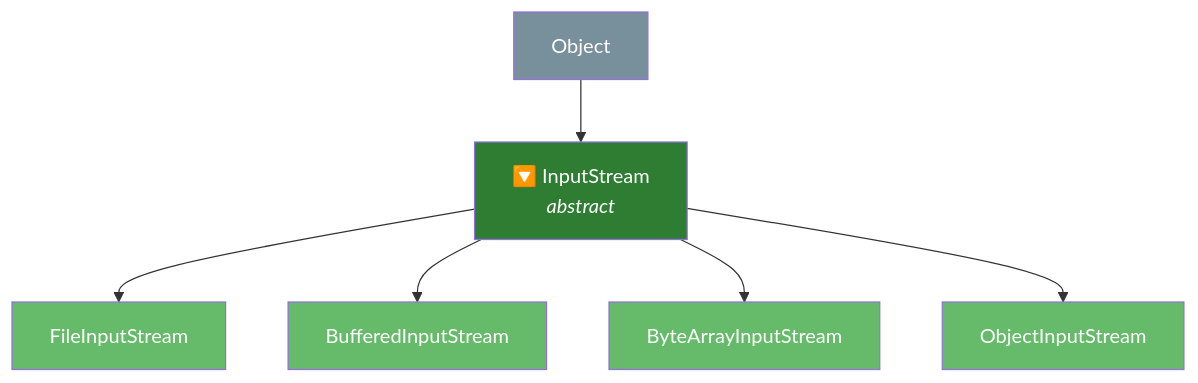
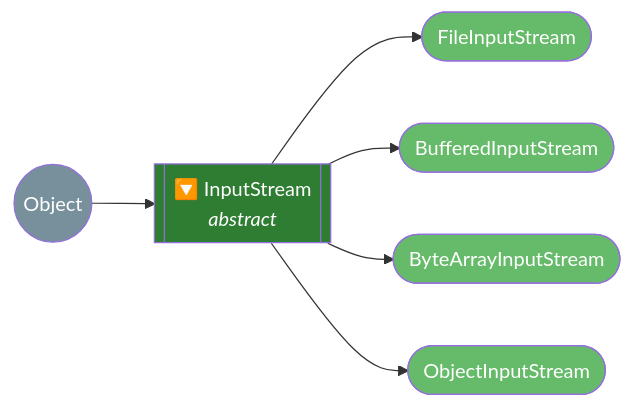
Before and after one commit to saivamsikaruturi/vamsilabs-dev-notes-main: the fourth of 5 diagrams in docs/java/FileHandling.md, drawn with Mermaid. The commit also changed other lines of this file and 146 other files, not shown here.

Commit message:
Horizontal diagrams, UML class diagrams, typography overhaul, and permalink cleanup

````diff
--- a/docs/java/FileHandling.md
+++ b/docs/java/FileHandling.md
@@ -424,15 +424,15 @@
 ```mermaid
-graph TD
-    O3["Object"] --> InStr["🔽 InputStream<br/><i>abstract</i>"]
-    InStr --> FIS2["FileInputStream"]
-    InStr --> BIS2["BufferedInputStream"]
-    InStr --> BAIS["ByteArrayInputStream"]
-    InStr --> OIS["ObjectInputStream"]
+flowchart LR
+    O3(("Object")) --> InStr[["🔽 InputStream<br/><i>abstract</i>"]]
+    InStr --> FIS2(["FileInputStream"])
+    InStr --> BIS2(["BufferedInputStream"])
+    InStr --> BAIS(["ByteArrayInputStream"])
+    InStr --> OIS(["ObjectInputStream"])
 
     style O3 fill:#78909C,color:#fff
     style InStr fill:#2E7D32,color:#fff
     style FIS2 fill:#66BB6A,color:#fff
     style BIS2 fill:#66BB6A,color:#fff
     style BAIS fill:#66BB6A,color:#fff
     style OIS fill:#66BB6A,color:#fff
 ```
````
